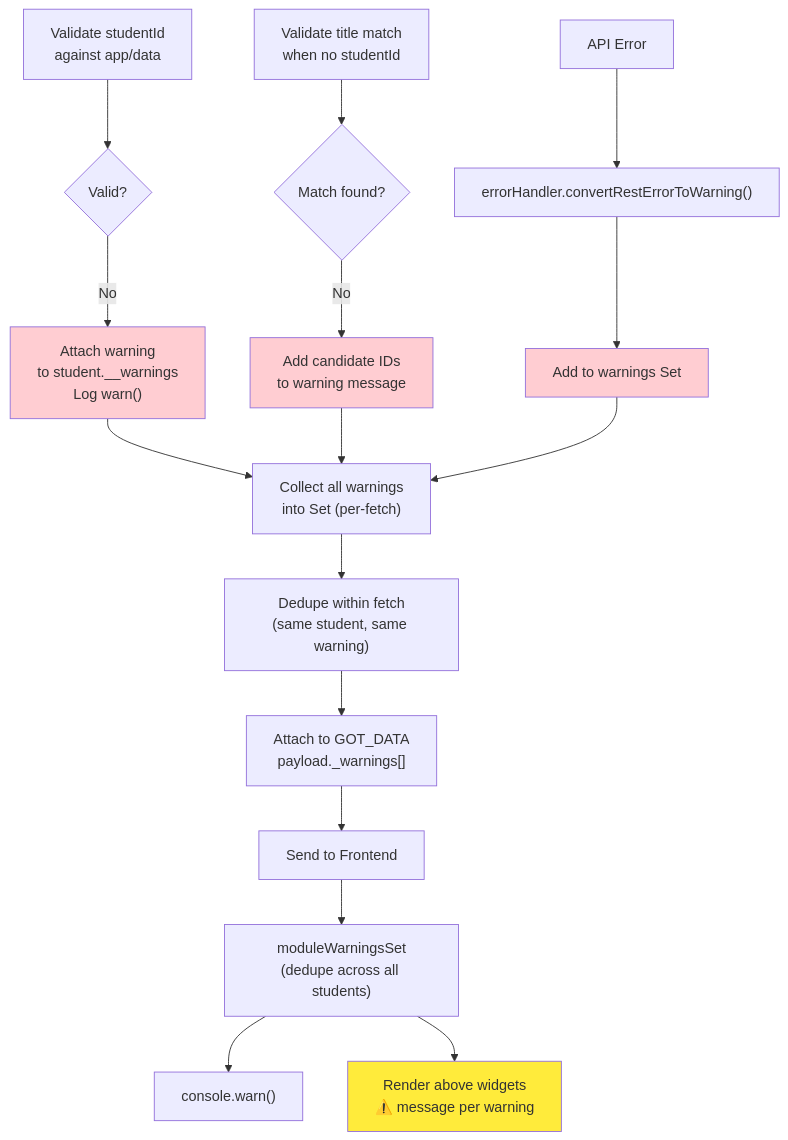
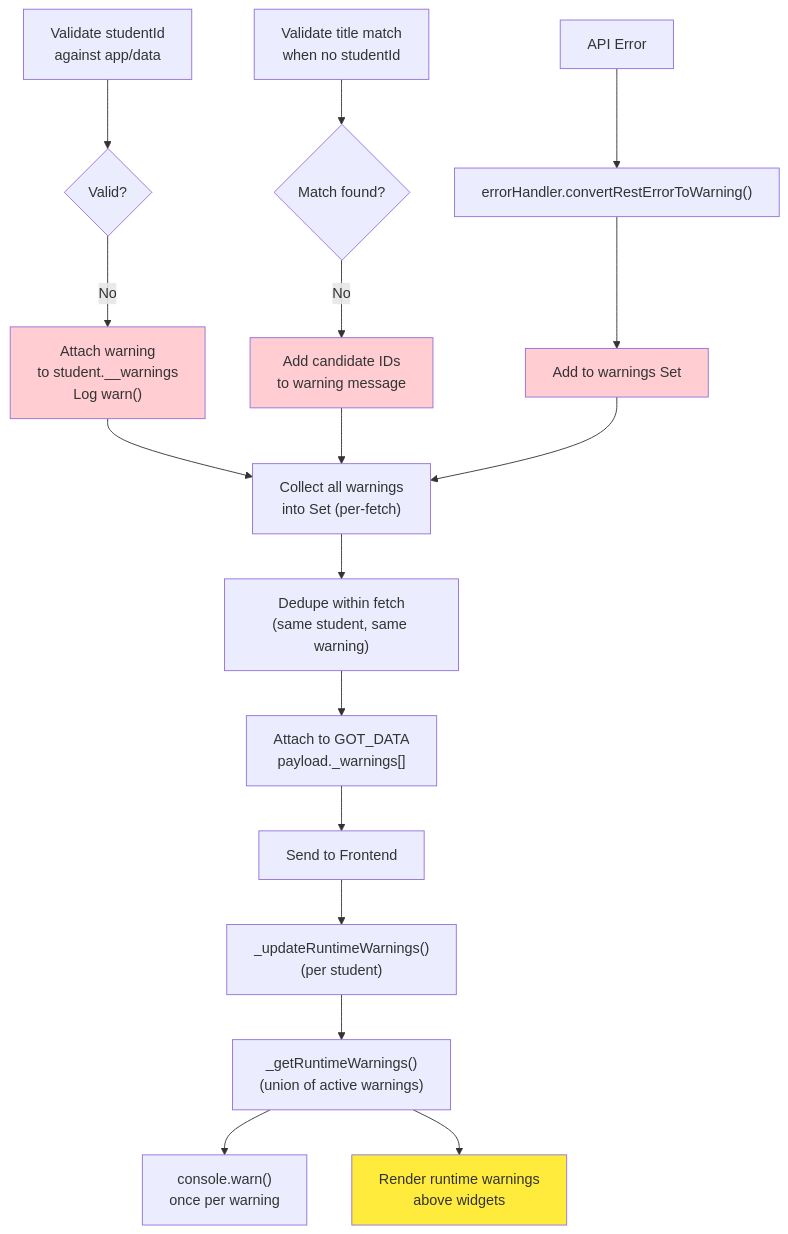
Before and after one commit to HeikoGr/MMM-Webuntis: the ninth of 13 diagrams in docs/ARCHITECTURE.md, drawn with Mermaid. The commit also changed other lines of this file and 1 other file, not shown here.

Commit message:
feat: implement per-student runtime warnings management and update architecture documentation

````diff
--- a/docs/ARCHITECTURE.md
+++ b/docs/ARCHITECTURE.md
@@ -718,29 +719,30 @@
 ```mermaid
 graph TD
     V1["Validate studentId<br/>against app/data"]
     --> W1{Valid?}
     W1 -->|No| A1["Attach warning<br/>to student.__warnings<br/>Log warn()"]
 
     V2["Validate title match<br/>when no studentId"]
     --> W2{Match found?}
     W2 -->|No| A2["Add candidate IDs<br/>to warning message"]
 
     API["API Error"]
     --> ErrConv["errorHandler.convertRestErrorToWarning()"]
     ErrConv --> A3["Add to warnings Set"]
 
     A1 --> C["Collect all warnings<br/>into Set (per-fetch)"]
     A2 --> C
     A3 --> C
     C --> D["Dedupe within fetch<br/>(same student, same warning)"]
     D --> P["Attach to GOT_DATA<br/>payload._warnings[]"]
     P --> FE["Send to Frontend"]
-    FE --> MW["moduleWarningsSet<br/>(dedupe across all students)"]
-    MW --> Console["console.warn()"]
-    MW --> UI["Render above widgets<br/>⚠️ message per warning"]
+    FE --> Runtime["_updateRuntimeWarnings()<br/>(per student)"]
+    Runtime --> Agg["_getRuntimeWarnings()<br/>(union of active warnings)"]
+    Agg --> Console["console.warn()<br/>once per warning"]
+    Agg --> UI["Render runtime warnings<br/>above widgets"]
 
     style A1 fill:#ffcdd2
     style A2 fill:#ffcdd2
     style A3 fill:#ffcdd2
     style UI fill:#ffeb3b
 ```
````
